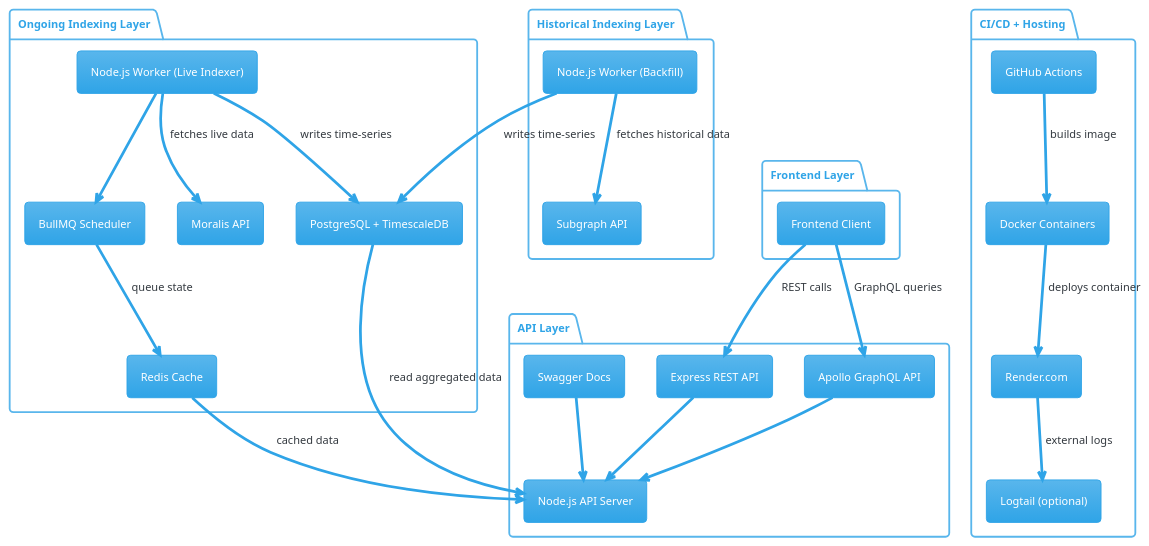
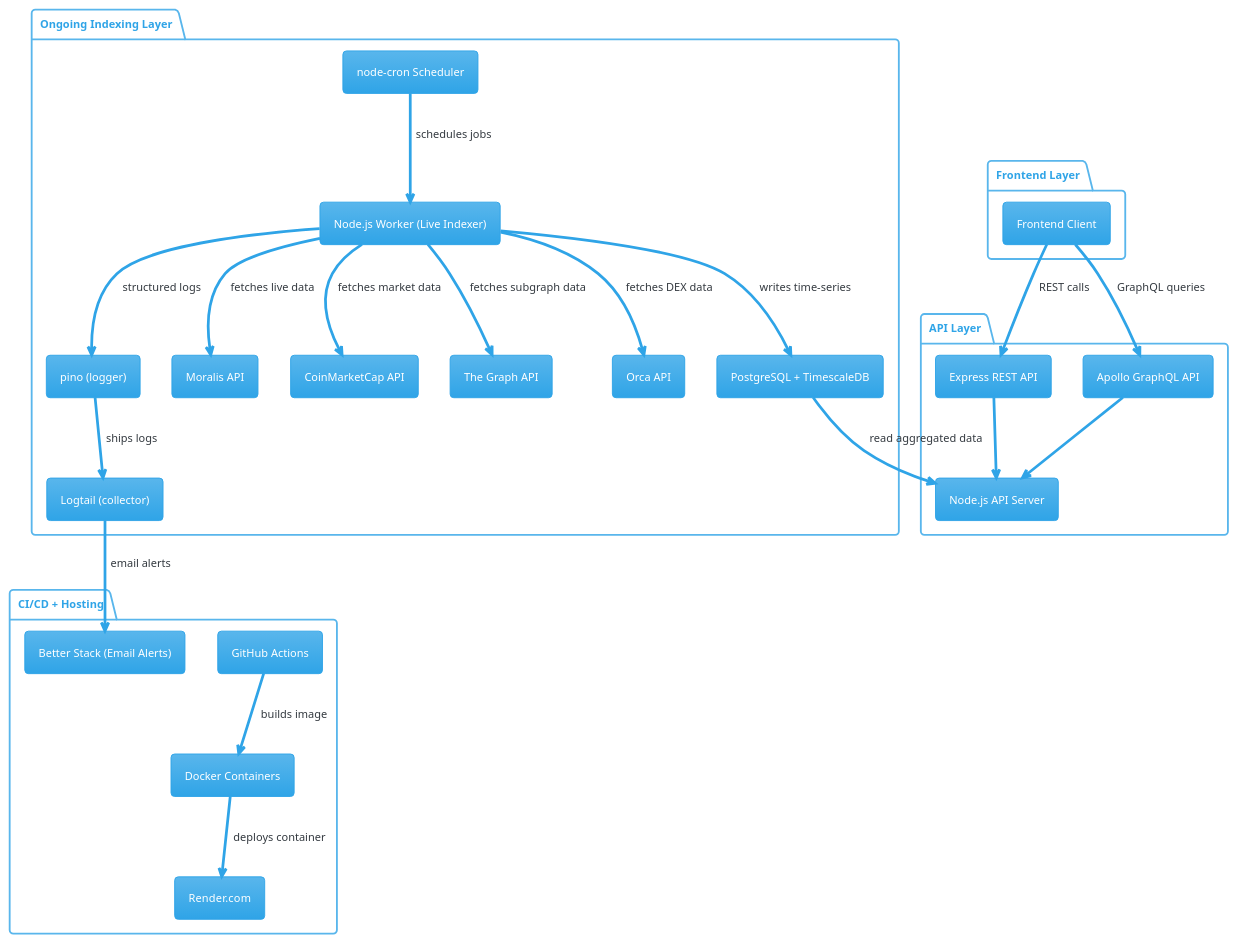
Before and after one commit to raid-guild/pokt.metrics-mono-repo: the diagram in architecture.puml, drawn with PlantUML. The commit also changed 9 other files, not shown here.

Commit message:
docs: remove historical sync and redis

```diff
--- a/architecture.puml
+++ b/architecture.puml
@@ -1,57 +1,59 @@
 @startuml
 !theme cerulean
-
 skinparam componentStyle rectangle
 
 package "API Layer" {
   [Express REST API] as Express
   [Apollo GraphQL API] as Apollo
-  [Swagger Docs] as Swagger
   [Node.js API Server] as APIServer
-  Swagger --> APIServer
+
   Express --> APIServer
   Apollo --> APIServer
 }
 
 package "Ongoing Indexing Layer" {
   [Node.js Worker (Live Indexer)] as LiveWorker
-  [BullMQ Scheduler] as BullMQ
-  [Redis Cache] as Redis
+  [node-cron Scheduler] as Cron
   [PostgreSQL + TimescaleDB] as Postgres
+
   [Moralis API] as Moralis
+  [CoinMarketCap API] as CMC
+  [The Graph API] as TheGraph
+  [Orca API] as Orca
 
-  LiveWorker --> BullMQ
+  [pino (logger)] as Pino
+  [Logtail (collector)] as Logtail
+
+  Cron --> LiveWorker : schedules jobs
   LiveWorker --> Moralis : fetches live data
+  LiveWorker --> CMC : fetches market data
+  LiveWorker --> TheGraph : fetches subgraph data
+  LiveWorker --> Orca : fetches DEX data
   LiveWorker --> Postgres : writes time-series
-  BullMQ --> Redis : queue state
-}
 
-package "Historical Indexing Layer" {
-  [Node.js Worker (Backfill)] as HistoryWorker
-  [Subgraph API] as Subgraph
-
-  HistoryWorker --> Subgraph : fetches historical data
-  HistoryWorker --> Postgres : writes time-series
+  LiveWorker --> Pino : structured logs
+  Pino --> Logtail : ships logs
 }
 
 Postgres --> APIServer : read aggregated data
-Redis --> APIServer : cached data
 
 package "Frontend Layer" {
   [Frontend Client] as FrontendClient
   FrontendClient --> Apollo : GraphQL queries
   FrontendClient --> Express : REST calls
 }
 
 package "CI/CD + Hosting" {
   [GitHub Actions] as GitHub
   [Docker Containers] as Docker
   [Render.com] as Render
-  [Logtail (optional)] as Logtail
+  [Better Stack (Email Alerts)] as BetterStack
 
   GitHub --> Docker : builds image
   Docker --> Render : deploys container
-  Render --> Logtail : external logs
+
+  ' Show that Logtail sends email alerts via Better Stack
+  Logtail --> BetterStack : email alerts
 }
 
 @enduml
```
